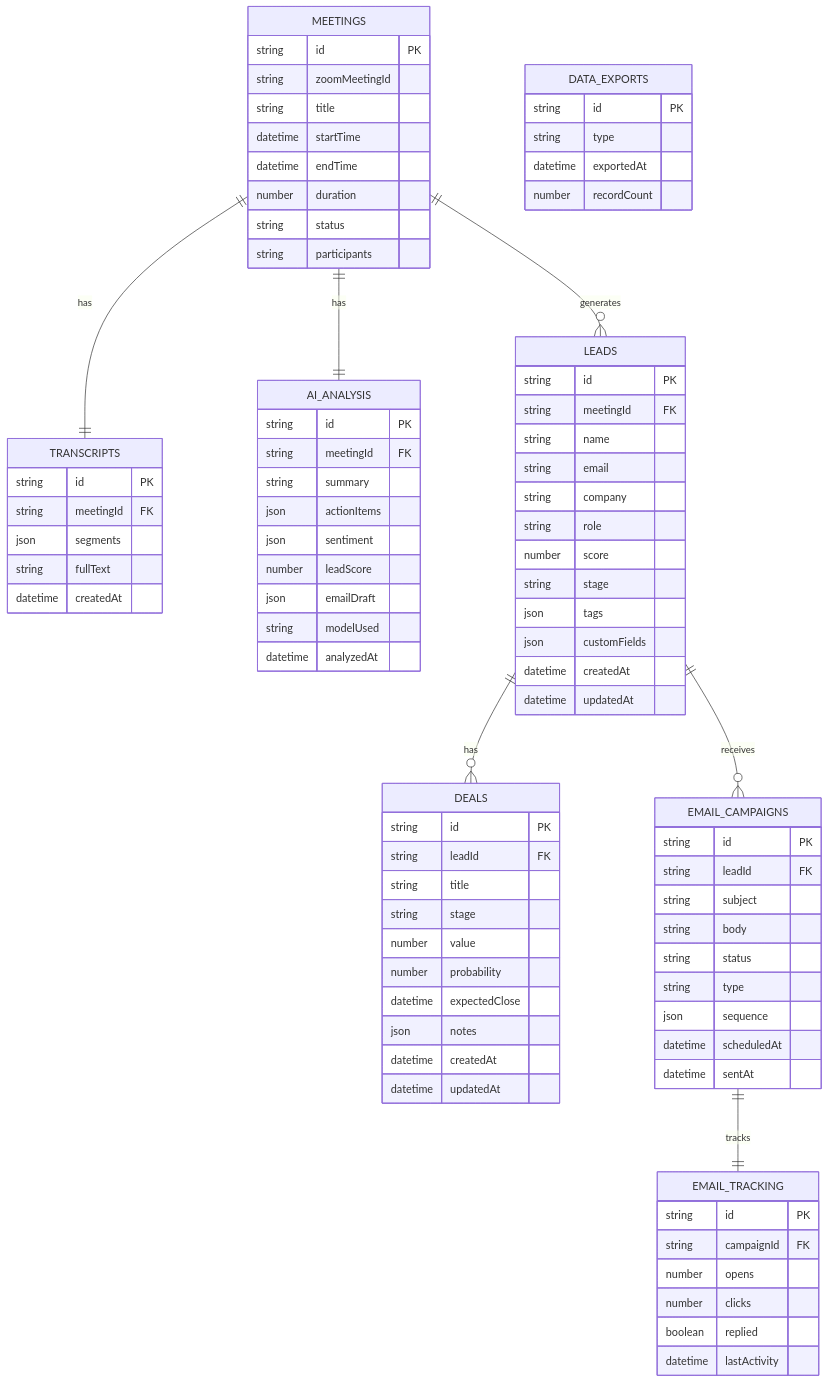
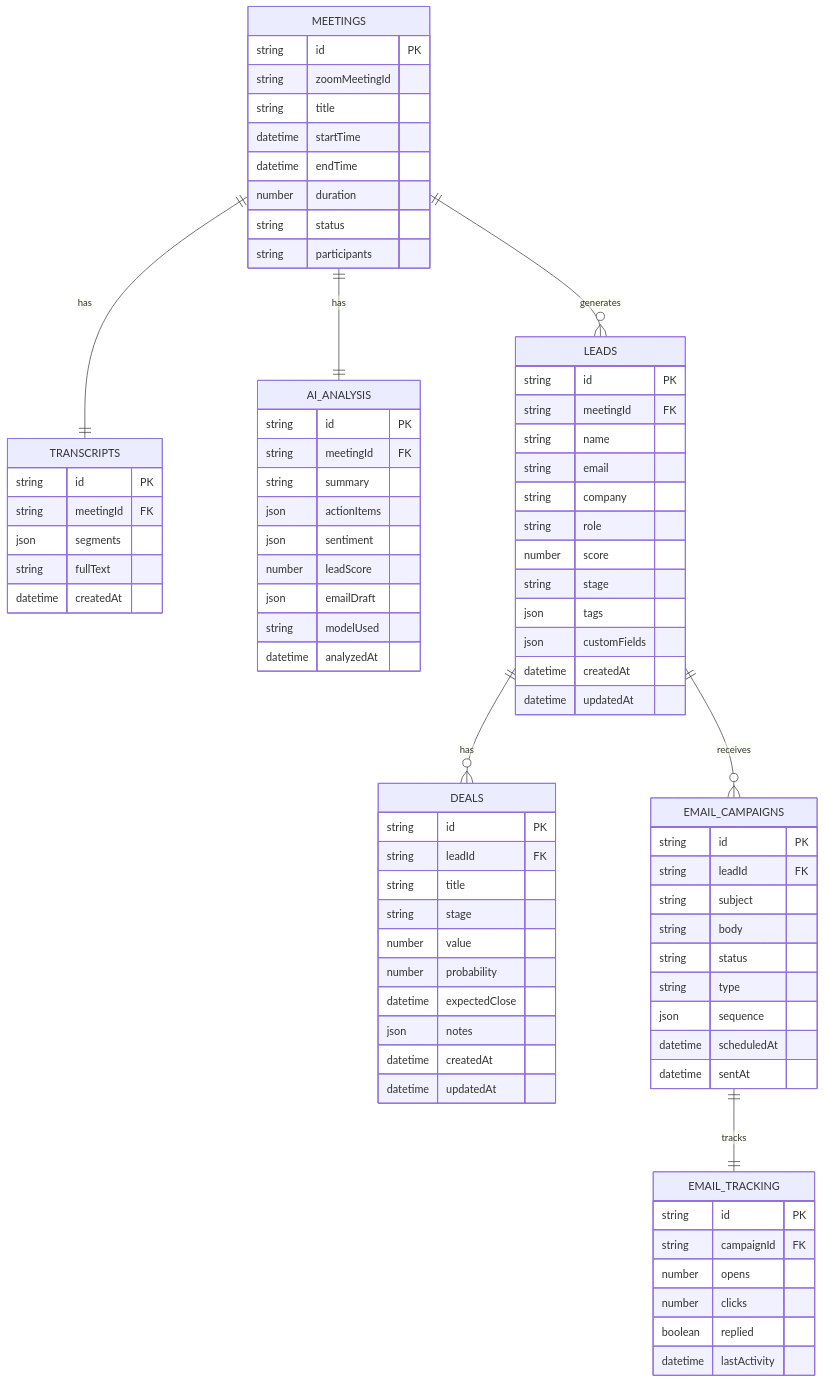
The fourth of 4 diagrams in README.md (akshatsha5ill/dealforge), drawn with Mermaid before and after one commit. The commit also changed other lines of this file and 170 other files, not shown here.

```diff
--- a/README.md
+++ b/README.md
@@ -386,13 +408,6 @@
         datetime lastActivity
     }
 
-    DATA_EXPORTS {
-        string id PK
-        string type
-        datetime exportedAt
-        number recordCount
-    }
-
     MEETINGS ||--|| TRANSCRIPTS : has
     MEETINGS ||--|| AI_ANALYSIS : has
     MEETINGS ||--o{ LEADS : generates
```
